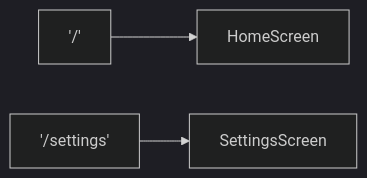
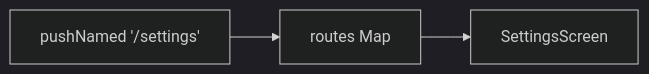
One commit to Real-Dau/Flutter-lernen changed the second of 2 diagrams in 09-navigation/VISUAL.md. Above: the diagram before and after it, drawn with Mermaid (dark theme). The commit also changed other lines of this file and 12 other files, not shown here.

````diff
--- a/09-navigation/VISUAL.md
+++ b/09-navigation/VISUAL.md
@@ -38,5 +64,5 @@
 ```mermaid
 flowchart LR
-    A['/'] --> B[HomeScreen]
-    C['/settings'] --> D[SettingsScreen]
+    A[pushNamed '/settings'] --> B[routes Map]
+    B --> C[SettingsScreen]
 ```
````
